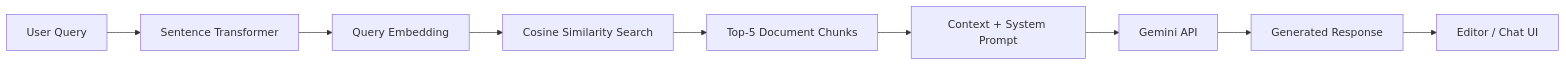
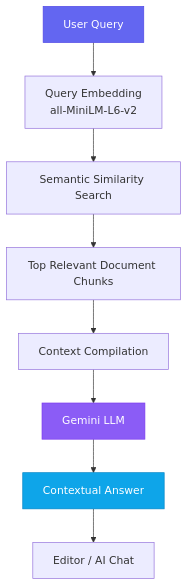
The fourth of 5 diagrams in README.md (Riwitika/AI-Powered-Enterprise-Knowledge-Document-Management-System-DMS-), drawn with Mermaid before and after one commit. The commit also changed other lines of this file, not shown here.

````diff
--- a/README.md
+++ b/README.md
@@ -357,11 +226,14 @@
 ```mermaid
-graph LR
-    A[User Query] --> B[Sentence Transformer]
-    B --> C[Query Embedding]
-    C --> D[Cosine Similarity Search]
-    D --> E[Top-5 Document Chunks]
-    E --> F[Context + System Prompt]
-    F --> G[Gemini API]
-    G --> H[Generated Response]
-    H --> I[Editor / Chat UI]
+flowchart TD
+    Q[User Query] --> QE[Query Embedding<br/>all-MiniLM-L6-v2]
+    QE --> SS[Semantic Similarity Search]
+    SS --> TC[Top Relevant Document Chunks]
+    TC --> CC[Context Compilation]
+    CC --> GM[Gemini LLM]
+    GM --> AN[Contextual Answer]
+    AN --> UI[Editor / AI Chat]
+
+    style Q fill:#6366f1,stroke:#4f46e5,color:#fff
+    style GM fill:#8b5cf6,stroke:#7c3aed,color:#fff
+    style AN fill:#0ea5e9,stroke:#0284c7,color:#fff
 ```
````
